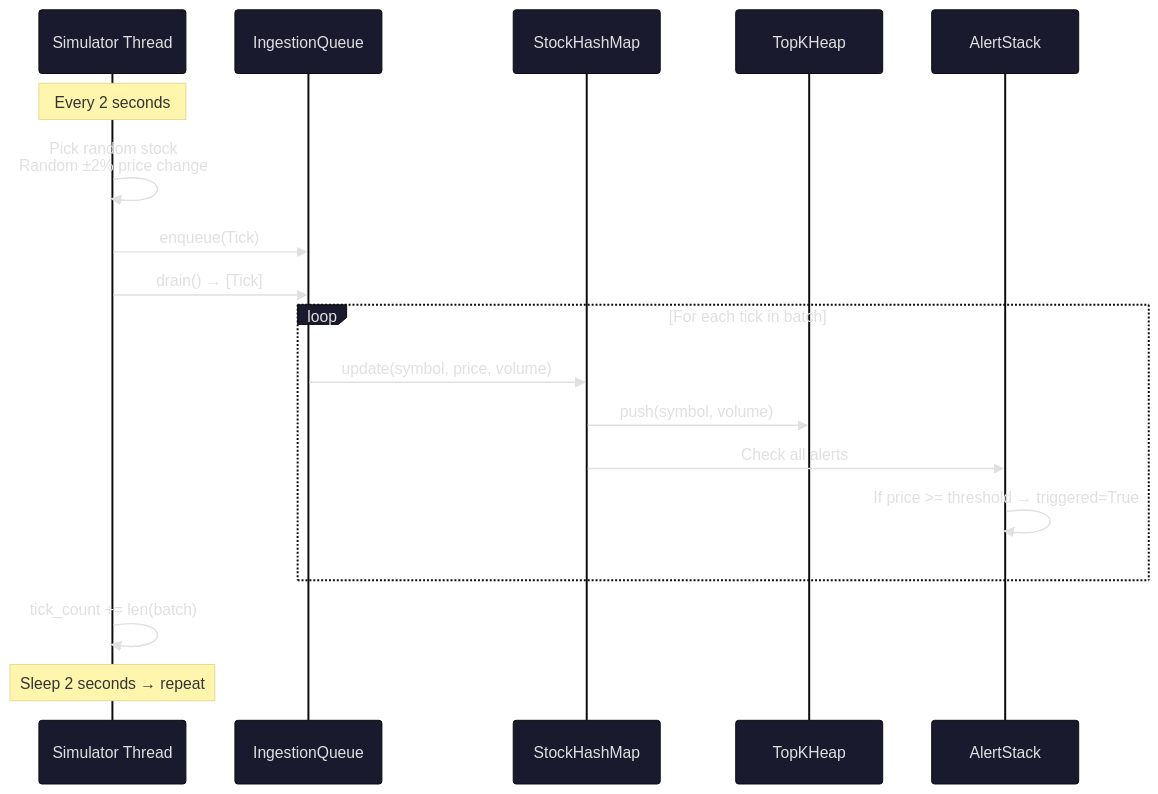
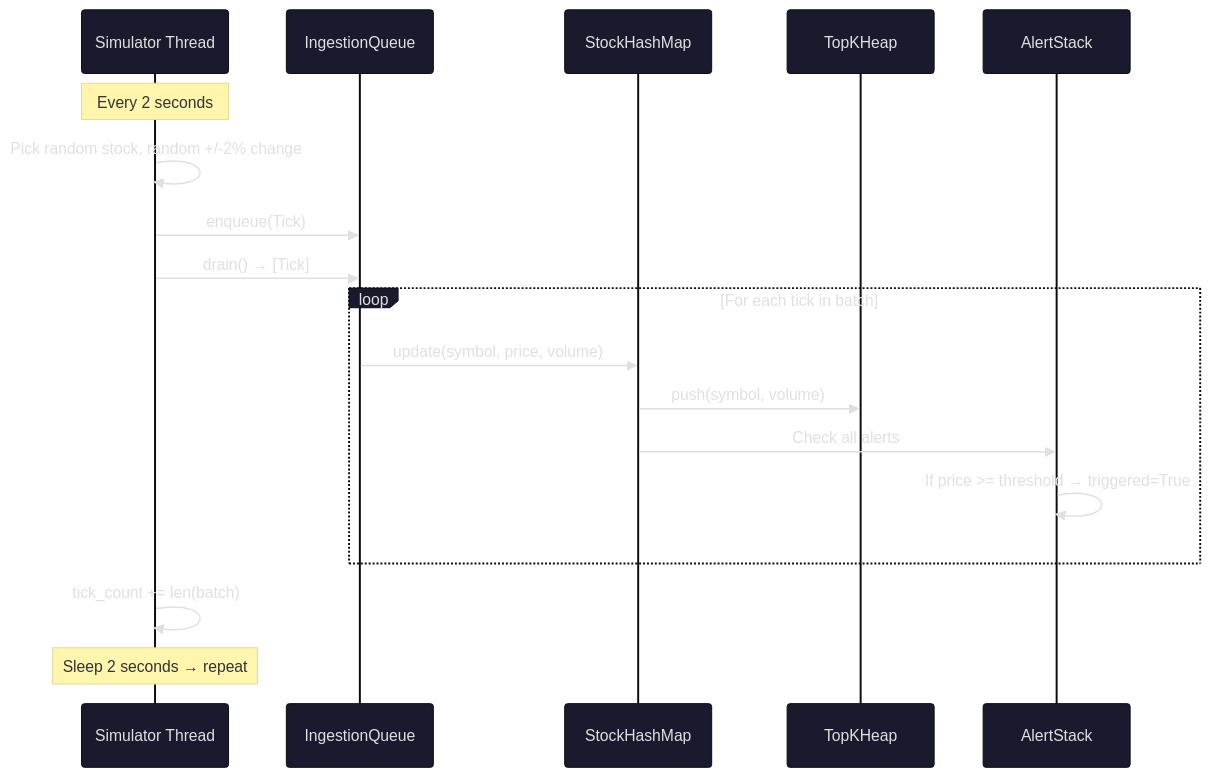
One commit to jacksonvincent012-web/DSA-CH23-GROUP-01 changed the third of 3 diagrams in Person 5 - Auth Simulator/README.md. Above: the diagram before and after it, drawn with Mermaid. The commit also changed other lines of this file and 1 other file, not shown here.

Commit message:
fix: mermaid syntax errors in sequence diagrams — replace br tags and angle brackets in message text

````diff
--- a/Person 5 - Auth Simulator/README.md
+++ b/Person 5 - Auth Simulator/README.md
@@ -206,25 +206,25 @@
 ```mermaid
 %%{init: {'theme': 'base', 'themeVariables': { 'primaryColor': '#1a1a2e', 'primaryTextColor': '#e0e0e0', 'lineColor': '#00d2ff', 'secondaryColor': '#16213e', 'tertiaryColor': '#0f3460'}}}%%
 sequenceDiagram
     participant S as Simulator Thread
     participant Q as IngestionQueue
     participant M as StockHashMap
     participant H as TopKHeap
     participant A as AlertStack
     
     Note over S: Every 2 seconds
     
-    S->>S: Pick random stock<br/>Random ±2% price change
+    S->>S: Pick random stock, random +/-2% change
     S->>Q: enqueue(Tick)
     S->>Q: drain() → [Tick]
     
     loop For each tick in batch
         Q->>M: update(symbol, price, volume)
         M->>H: push(symbol, volume)
         M->>A: Check all alerts
         A->>A: If price >= threshold → triggered=True
     end
     
     S->>S: tick_count += len(batch)
     Note over S: Sleep 2 seconds → repeat
 ```
````
